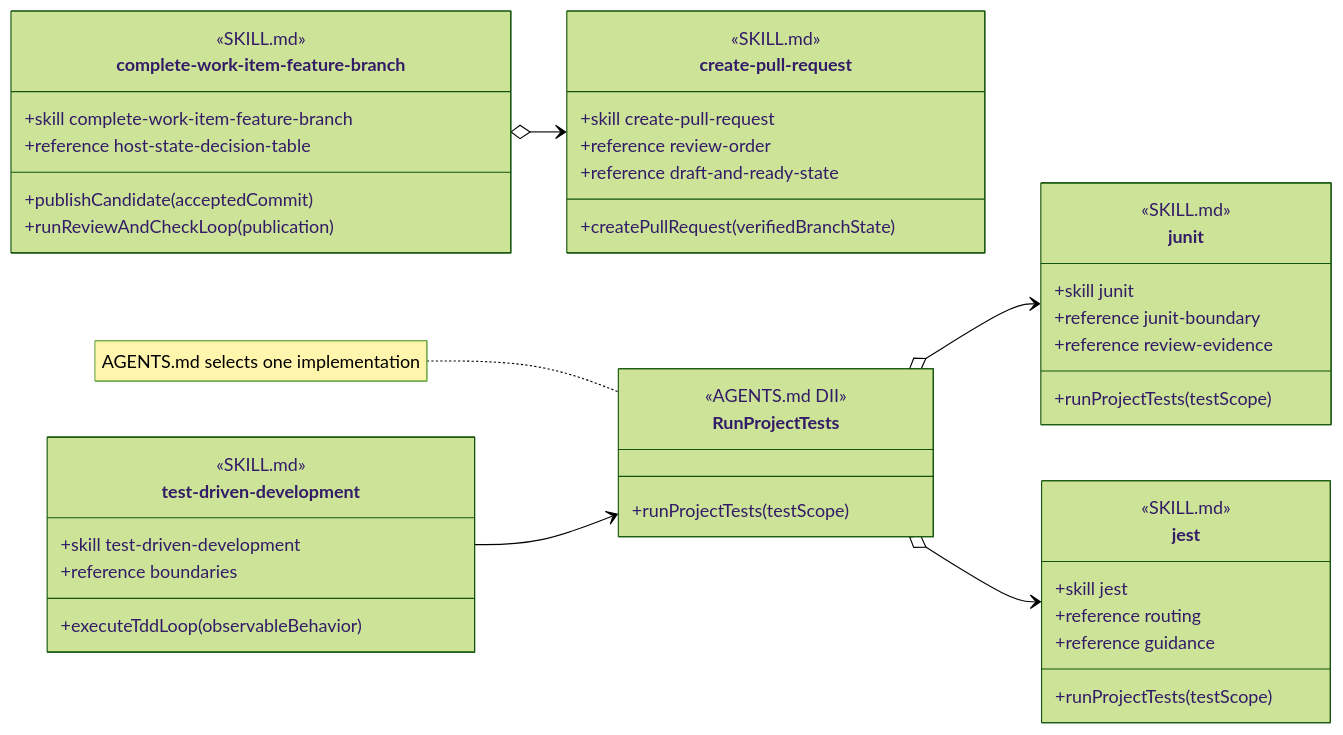
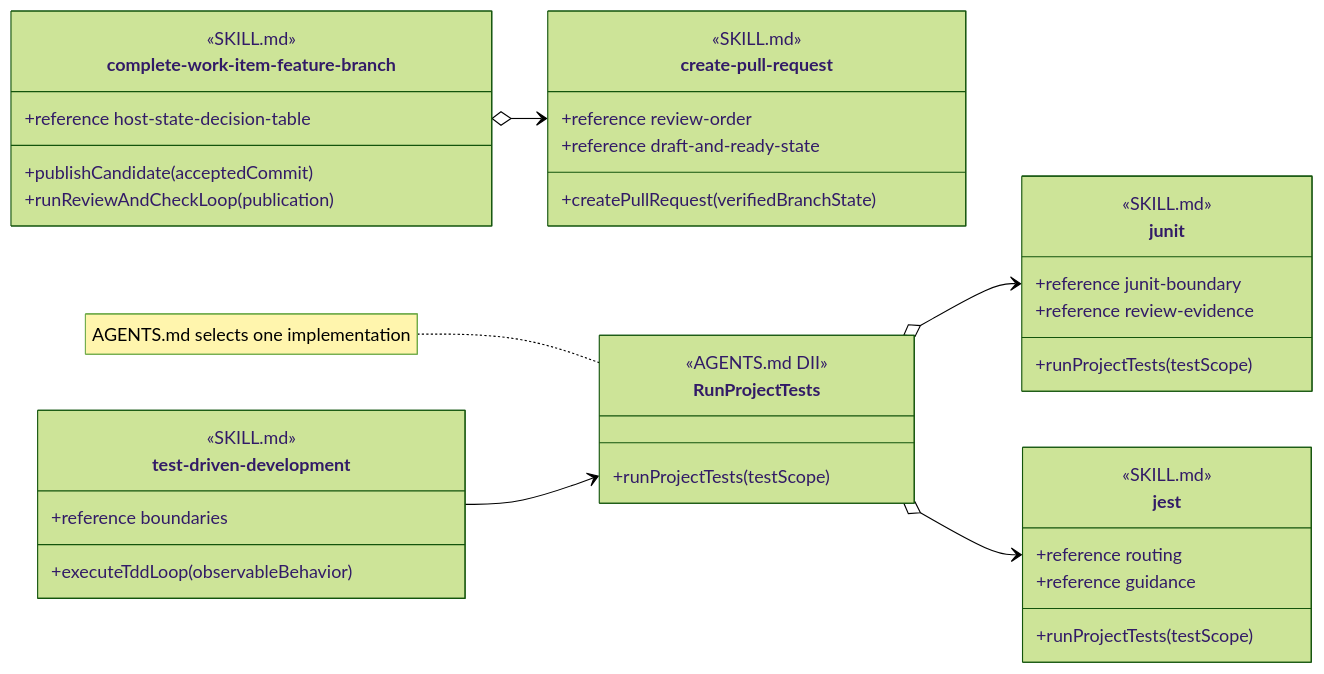
One commit to martinbechard/dev-methodology changed the fourth of 11 diagrams in design/object-oriented-agent-and-skill-model.md. Above: the diagram before and after it, drawn with Mermaid (forest theme). The commit also changed other lines of this file and 2 other files, not shown here.

Commit message:
Clarify whole-skill and work-item DII notation

````diff
--- a/design/object-oriented-agent-and-skill-model.md
+++ b/design/object-oriented-agent-and-skill-model.md
@@ -291,62 +287,57 @@
 ```mermaid
 classDiagram
     direction LR
 
     class complete-work-item-feature-branch {
         <<SKILL.md>>
         <<Peer Skill>>
-        +skill complete-work-item-feature-branch
         +publishCandidate(acceptedCommit)
         +runReviewAndCheckLoop(publication)
         +reference host-state-decision-table
     }
 
     class create-pull-request {
         <<SKILL.md>>
         <<Peer Skill>>
-        +skill create-pull-request
         +createPullRequest(verifiedBranchState)
         +reference review-order
         +reference draft-and-ready-state
     }
 
     class test-driven-development {
         <<SKILL.md>>
         <<Peer Skill>>
-        +skill test-driven-development
         +executeTddLoop(observableBehavior)
         +reference boundaries
     }
 
     class RunProjectTests {
         <<AGENTS.md DII>>
         +runProjectTests(testScope)
     }
 
     class junit {
         <<SKILL.md>>
         <<Peer Skill>>
         <<Injectable Skill>>
-        +skill junit
         +runProjectTests(testScope)
         +reference junit-boundary
         +reference review-evidence
     }
 
     class jest {
         <<SKILL.md>>
         <<Peer Skill>>
         <<Injectable Skill>>
-        +skill jest
         +runProjectTests(testScope)
         +reference routing
         +reference guidance
     }
 
     complete-work-item-feature-branch o--> create-pull-request
     test-driven-development --> RunProjectTests
     RunProjectTests o--> junit
     RunProjectTests o--> jest
 
     note for RunProjectTests "AGENTS.md selects one implementation"
 ```
````
